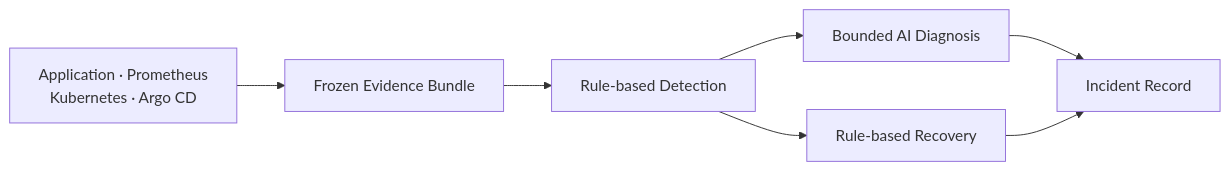
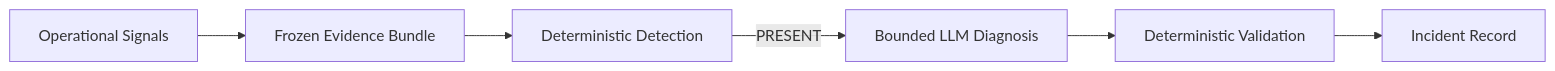
One commit to Jangwanko/Cloud_portfolio changed the second of 2 diagrams in README.md. Above: the diagram before and after it, drawn with Mermaid. The commit also changed other lines of this file and 3 other files, not shown here.

Commit message:
docs: surface bounded diagnosis in portfolio overview

````diff
--- a/README.md
+++ b/README.md
@@ -162,9 +84,8 @@
 ```mermaid
 flowchart LR
-    Sources[Application · Prometheus<br/>Kubernetes · Argo CD] --> Evidence[Frozen Evidence Bundle]
-    Evidence --> Detection[Rule-based Detection]
-    Detection --> Diagnosis[Bounded AI Diagnosis]
-    Detection --> Recovery[Rule-based Recovery]
-    Diagnosis --> Incident[Incident Record]
-    Recovery --> Incident
+    Signals[Operational Signals] --> Evidence[Frozen Evidence Bundle]
+    Evidence --> Detection[Deterministic Detection]
+    Detection -->|PRESENT| Diagnosis[Bounded LLM Diagnosis]
+    Diagnosis --> Validation[Deterministic Validation]
+    Validation --> Incident[Incident Record]
 ```
````
